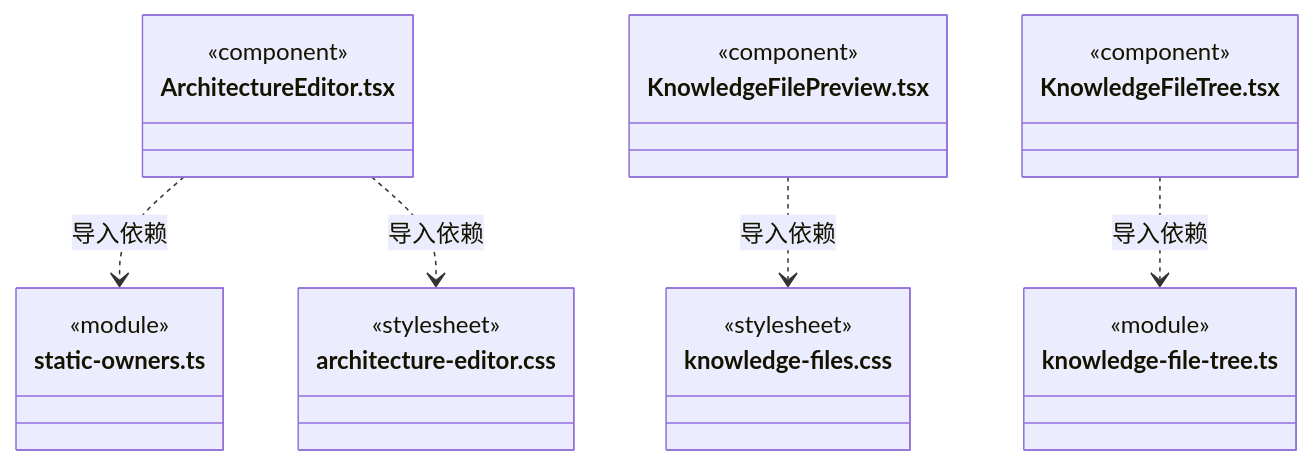
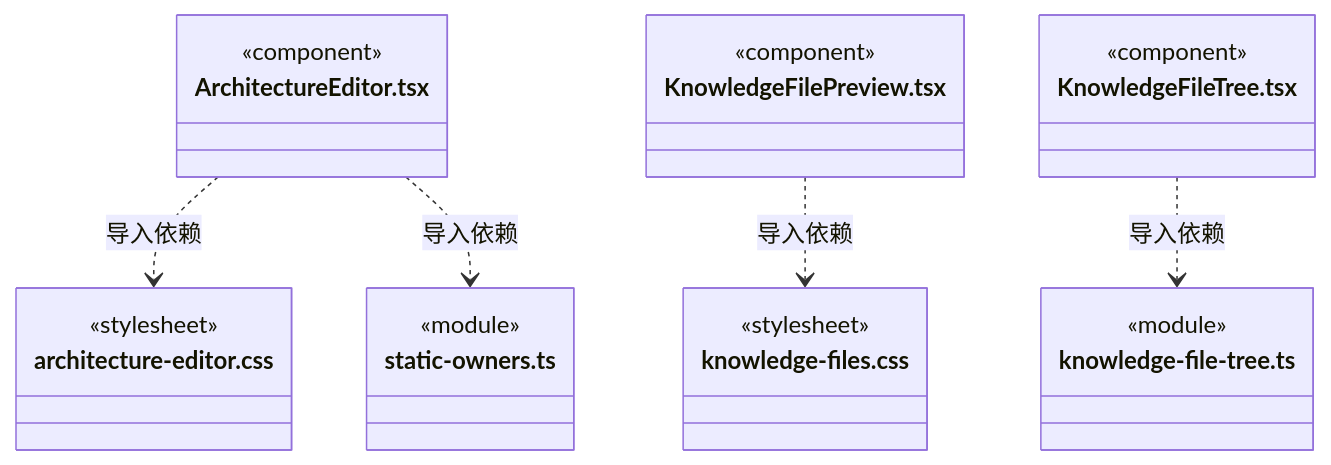
One commit to nan023062/cbim changed diagram 15 of 16 in src/view/knowledge/ARCHITECTURE.md. Above: the diagram before and after it, drawn with Mermaid. The commit also changed other lines of this file and 112 other files, not shown here.

Commit message:
docs: align source architecture with current declarations and contracts

````diff
--- a/src/view/knowledge/ARCHITECTURE.md
+++ b/src/view/knowledge/ARCHITECTURE.md
@@ -308,28 +308,28 @@
 ```mermaid
 classDiagram
 class N_src_view_knowledge_ArchitectureEditor_tsx["ArchitectureEditor.tsx"] {
   <<component>>
 }
+class N_src_view_knowledge_architecture_editor_css["architecture-editor.css"] {
+  <<stylesheet>>
+}
 class N_src_view_knowledge_static_owners_ts["static-owners.ts"] {
   <<module>>
-}
-class N_src_view_knowledge_architecture_editor_css["architecture-editor.css"] {
-  <<stylesheet>>
 }
 class N_src_view_knowledge_KnowledgeFilePreview_tsx["KnowledgeFilePreview.tsx"] {
   <<component>>
 }
 class N_src_view_knowledge_knowledge_files_css["knowledge-files.css"] {
   <<stylesheet>>
 }
 class N_src_view_knowledge_KnowledgeFileTree_tsx["KnowledgeFileTree.tsx"] {
   <<component>>
 }
 class N_src_view_knowledge_knowledge_file_tree_ts["knowledge-file-tree.ts"] {
   <<module>>
 }
+N_src_view_knowledge_ArchitectureEditor_tsx ..> N_src_view_knowledge_architecture_editor_css : 导入依赖
 N_src_view_knowledge_ArchitectureEditor_tsx ..> N_src_view_knowledge_static_owners_ts : 导入依赖
-N_src_view_knowledge_ArchitectureEditor_tsx ..> N_src_view_knowledge_architecture_editor_css : 导入依赖
 N_src_view_knowledge_KnowledgeFilePreview_tsx ..> N_src_view_knowledge_knowledge_files_css : 导入依赖
 N_src_view_knowledge_KnowledgeFileTree_tsx ..> N_src_view_knowledge_knowledge_file_tree_ts : 导入依赖
 ```
````
